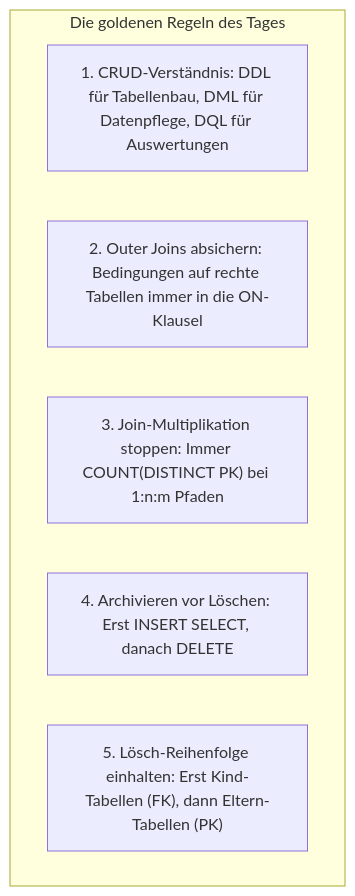
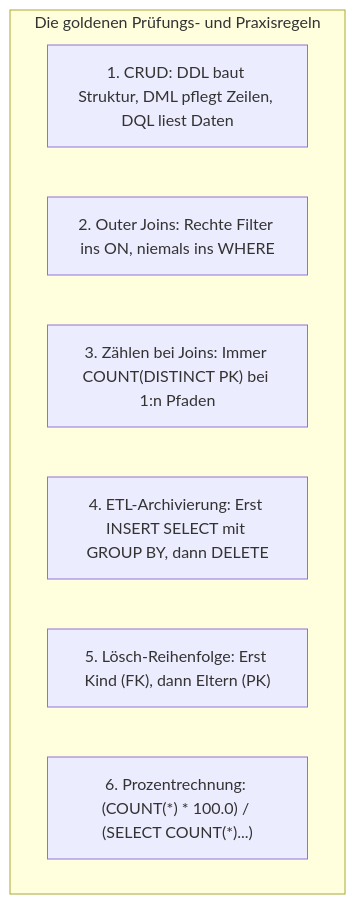
Before and after one commit to T-Boyke/SQL-Fundamentals: the eighth of 8 diagrams in Day_18/readme.md, drawn with Mermaid. The commit also changed other lines of this file and 2 other files, not shown here.

````diff
--- a/Day_18/readme.md
+++ b/Day_18/readme.md
@@ -471,10 +651,11 @@
 ```mermaid
 flowchart TD
-    subgraph GoldenRules["Die goldenen Regeln des Tages"]
-        R1["1. CRUD-Verständnis: DDL für Tabellenbau, DML für Datenpflege, DQL für Auswertungen"]
-        R2["2. Outer Joins absichern: Bedingungen auf rechte Tabellen immer in die ON-Klausel"]
-        R3["3. Join-Multiplikation stoppen: Immer COUNT(DISTINCT PK) bei 1:n:m Pfaden"]
-        R4["4. Archivieren vor Löschen: Erst INSERT SELECT, danach DELETE"]
-        R5["5. Lösch-Reihenfolge einhalten: Erst Kind-Tabellen (FK), dann Eltern-Tabellen (PK)"]
+    subgraph GoldenRules["Die goldenen Prüfungs- und Praxisregeln"]
+        R1["1. CRUD: DDL baut Struktur, DML pflegt Zeilen, DQL liest Daten"]
+        R2["2. Outer Joins: Rechte Filter ins ON, niemals ins WHERE"]
+        R3["3. Zählen bei Joins: Immer COUNT(DISTINCT PK) bei 1:n Pfaden"]
+        R4["4. ETL-Archivierung: Erst INSERT SELECT mit GROUP BY, dann DELETE"]
+        R5["5. Lösch-Reihenfolge: Erst Kind (FK), dann Eltern (PK)"]
+        R6["6. Prozentrechnung: (COUNT(*) * 100.0) / (SELECT COUNT(*)...)"]
     end
 ```
````
